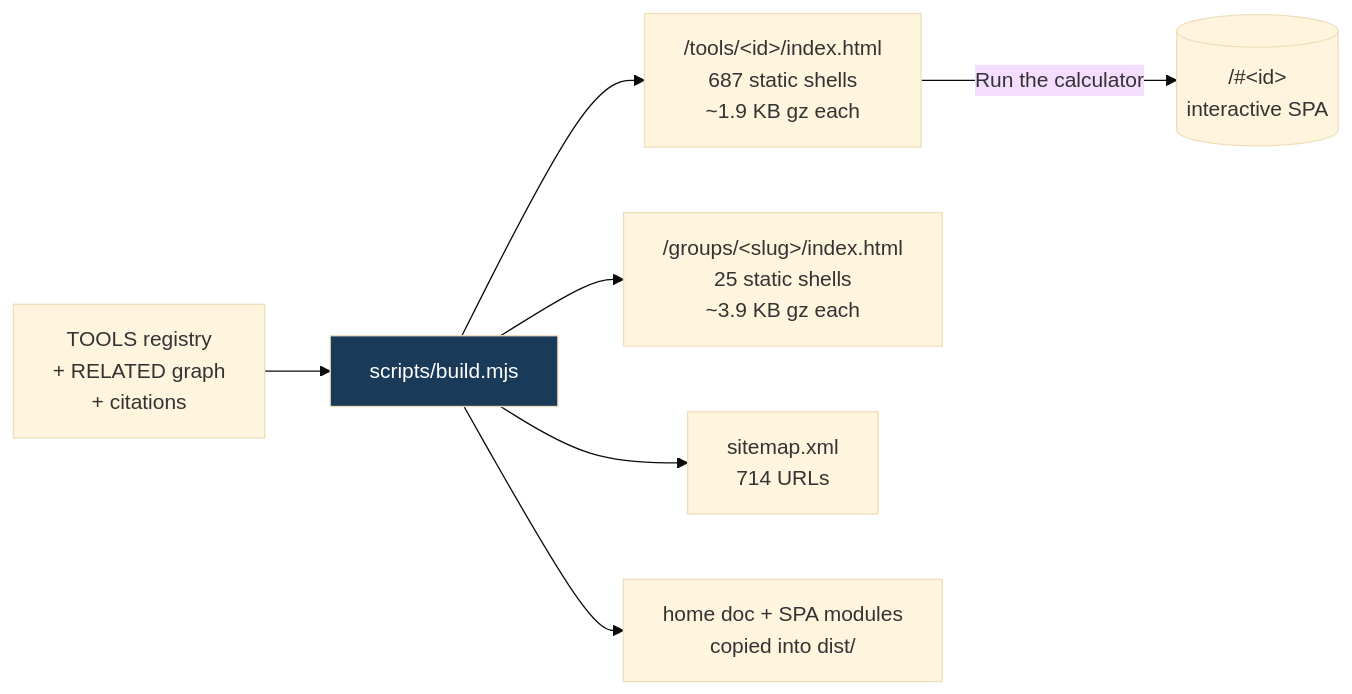
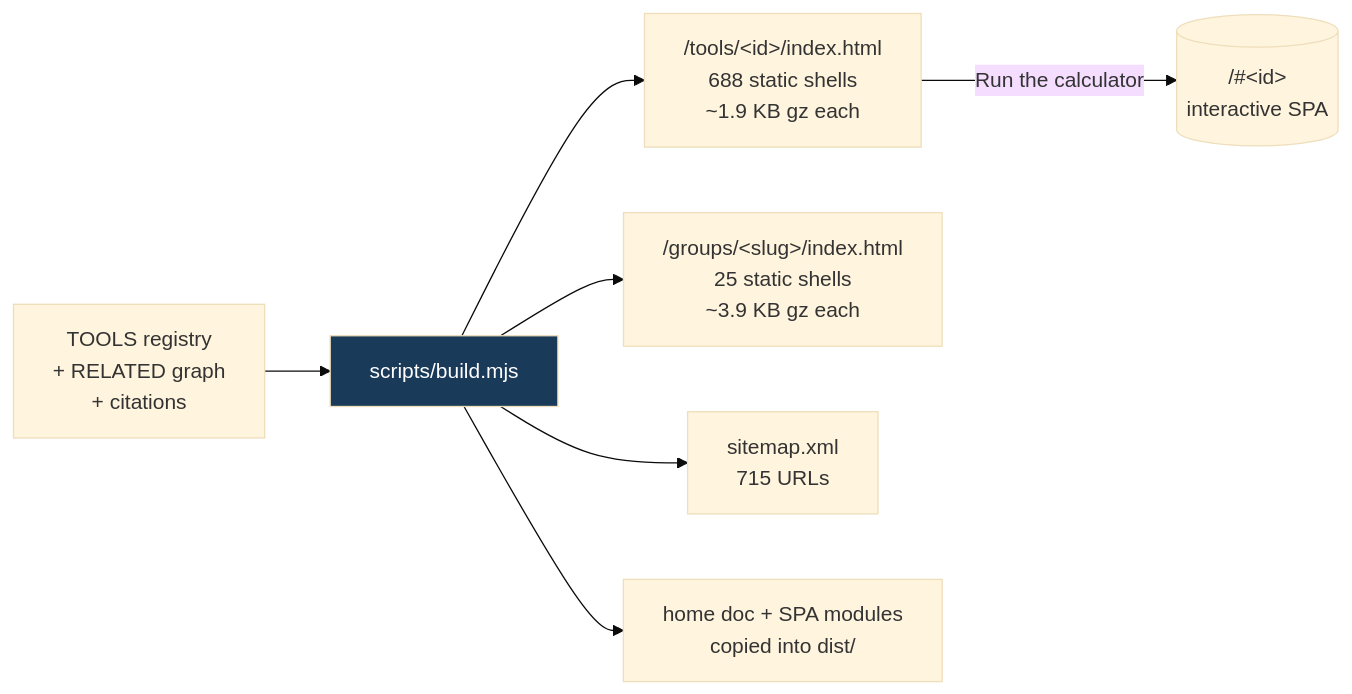
The fifth of 8 diagrams in README.md (clay-good/roughlogic.com), drawn with Mermaid (base theme) before and after one commit. The commit also changed other lines of this file and 13 other files, not shown here.

````diff
--- a/README.md
+++ b/README.md
@@ -444,10 +446,10 @@
 ```mermaid
 flowchart LR
     SRC[TOOLS registry\n+ RELATED graph\n+ citations] --> BUILD[scripts/build.mjs]
-    BUILD --> TILE["/tools/&lt;id&gt;/index.html\n687 static shells\n~1.9 KB gz each"]
+    BUILD --> TILE["/tools/&lt;id&gt;/index.html\n688 static shells\n~1.9 KB gz each"]
     BUILD --> GROUP["/groups/&lt;slug&gt;/index.html\n25 static shells\n~3.9 KB gz each"]
-    BUILD --> MAP["sitemap.xml\n714 URLs"]
+    BUILD --> MAP["sitemap.xml\n715 URLs"]
     BUILD --> COPY[home doc + SPA modules\ncopied into dist/]
     TILE -->|Run the calculator| SPA[("/#&lt;id&gt;\ninteractive SPA")]
     style BUILD fill:#1a3a5a,color:#fff
 ```
````
